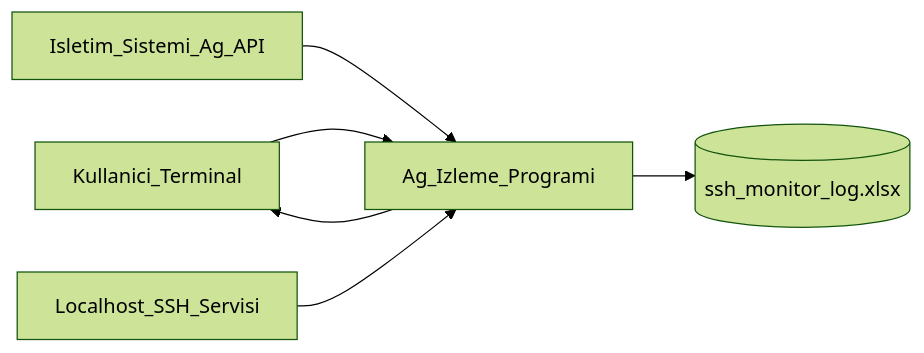
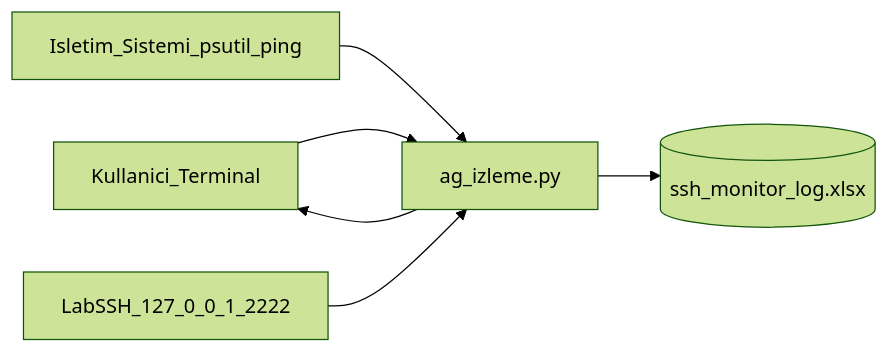
Before and after one commit to nahridebtukres/ostimteknikodev: the first of 2 diagrams in DFD.md, drawn with Mermaid (forest theme). The commit also changed other lines of this file and 5 other files, not shown here.

````diff
--- a/DFD.md
+++ b/DFD.md
@@ -5,8 +5,8 @@
 ```mermaid
 flowchart LR
-    userActor[Kullanici_Terminal] --> processMain[Ag_Izleme_Programi]
-    osNet[Isletim_Sistemi_Ag_API] --> processMain
-    sshSvc[Localhost_SSH_Servisi] --> processMain
+    userActor[Kullanici_Terminal] --> processMain[ag_izleme.py]
+    osNet[Isletim_Sistemi_psutil_ping] --> processMain
+    sshSvc[LabSSH_127_0_0_1_2222] --> processMain
     processMain --> xlsxStore[(ssh_monitor_log.xlsx)]
     processMain --> userActor
 ```
````
